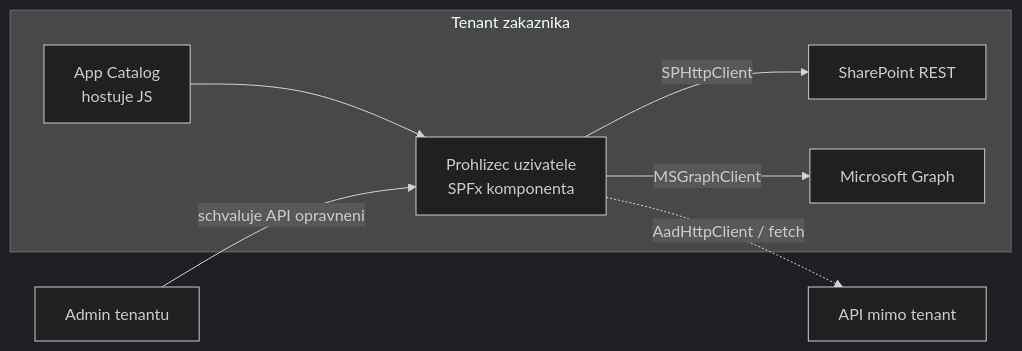
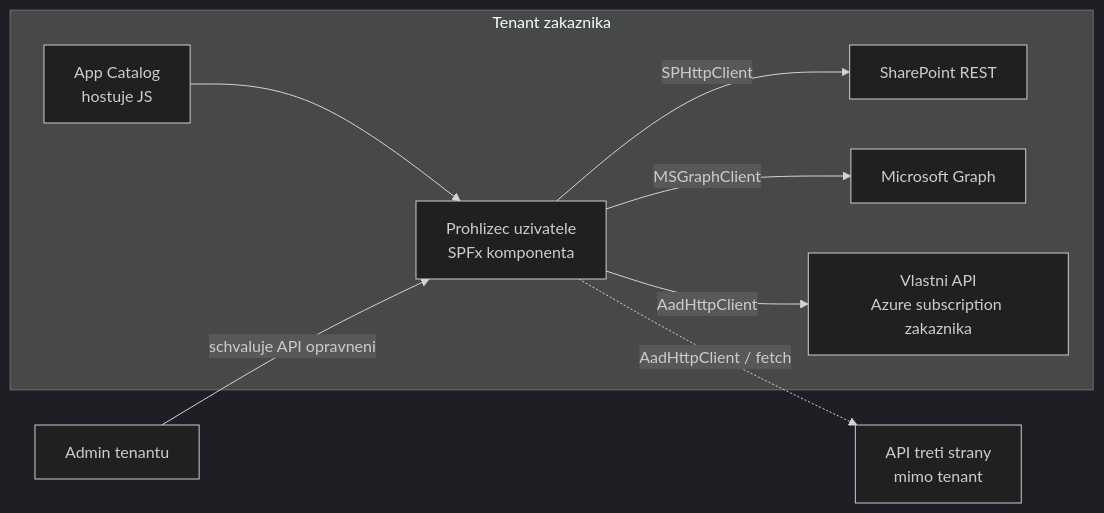
The third of 3 diagrams in day-1/platform-positioning/README.md (MalasekPetr/gopas-spo_dev_1), drawn with Mermaid (dark theme) before and after one commit. The commit also changed other lines of this file and 4 other files, not shown here.

First line of the commit message:
SPO_DEV_1: SPFx + own Azure API, Copilot UX components and custom engine agents in technology choice

````diff
--- a/day-1/platform-positioning/README.md
+++ b/day-1/platform-positioning/README.md
@@ -133,10 +149,11 @@
 ```mermaid
 flowchart LR
   subgraph T[Tenant zakaznika]
     AC[App Catalog<br/>hostuje JS] --> B[Prohlizec uzivatele<br/>SPFx komponenta]
     B -->|SPHttpClient| SP[SharePoint REST]
     B -->|MSGraphClient| G[Microsoft Graph]
+    B -->|AadHttpClient| F[Vlastni API<br/>Azure subscription zakaznika]
   end
-  B -.->|AadHttpClient / fetch| X[API mimo tenant]
+  B -.->|AadHttpClient / fetch| X[API treti strany<br/>mimo tenant]
   A[Admin tenantu] -->|schvaluje API opravneni| B
 ```
````
